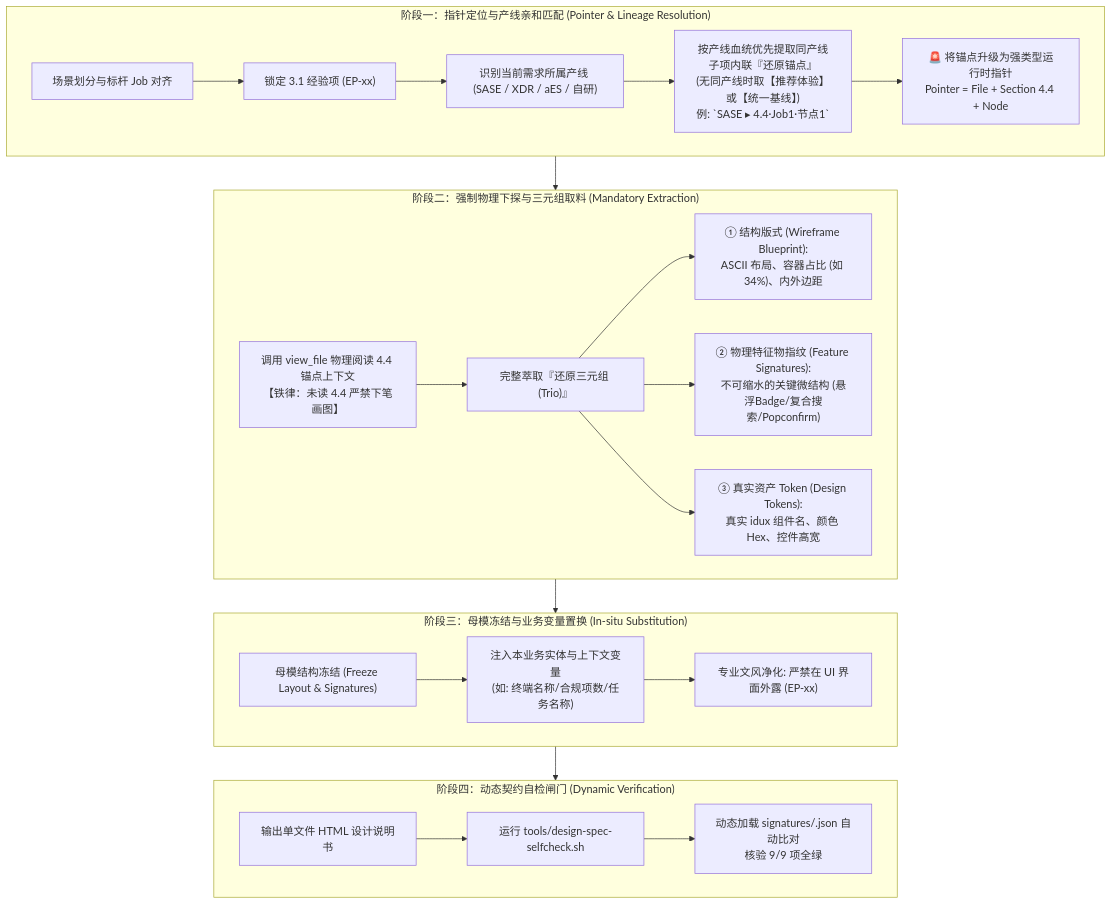
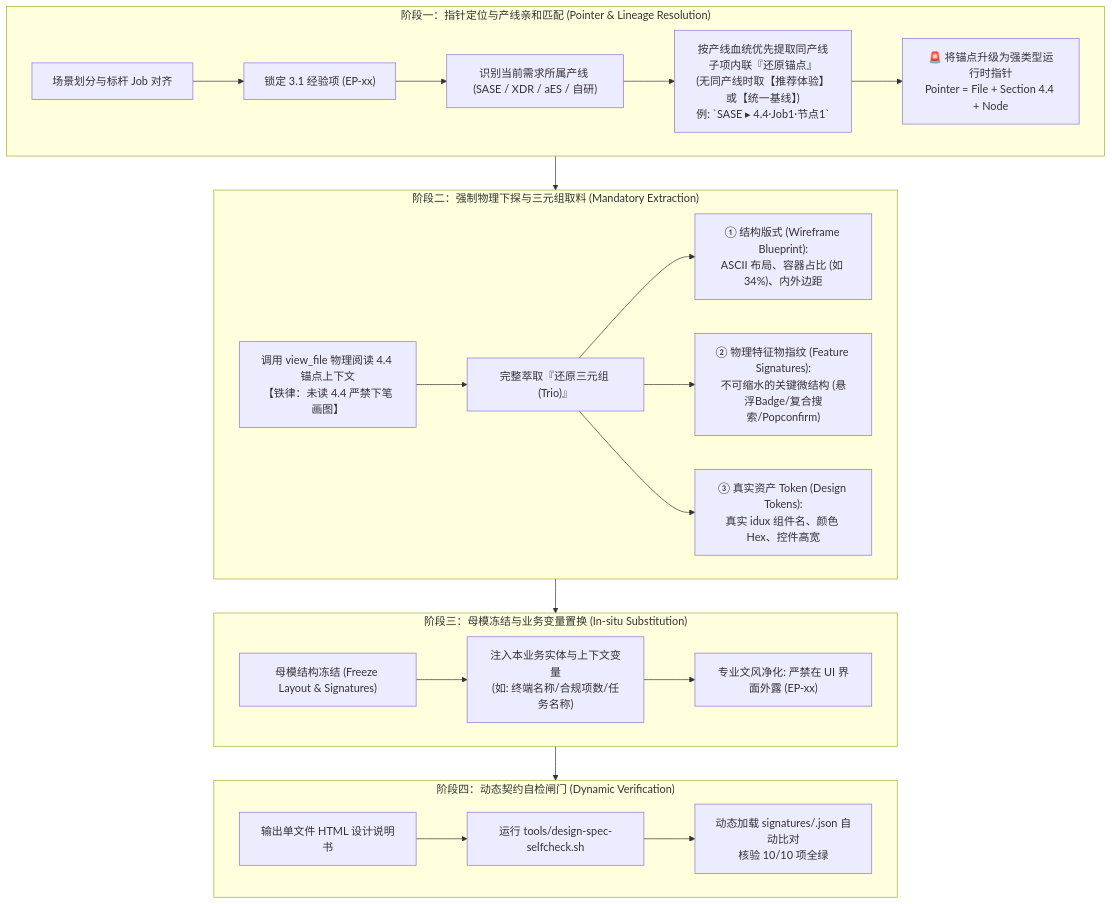
The second of 3 diagrams in 04-workflows-and-cases/execution-sop.md (wangjue2026/skill-designer-prism), drawn with Mermaid before and after one commit. The commit also changed other lines of this file and 15 other files, not shown here.

````diff
--- a/04-workflows-and-cases/execution-sop.md
+++ b/04-workflows-and-cases/execution-sop.md
@@ -143,28 +146,28 @@
 ```mermaid
 graph TD
     subgraph Phase1["阶段一：指针定位与产线亲和匹配 (Pointer & Lineage Resolution)"]
         P1["场景划分与标杆 Job 对齐"] --> P2["锁定 3.1 经验项 (EP-xx)"]
         P2 --> P3["识别当前需求所属产线 (SASE / XDR / aES / 自研)"]
         P3 --> P4["按产线血统优先提取同产线子项内联『还原锚点』<br>(无同产线时取【推荐体验】或【统一基线】)<br>例: `SASE ▸ 4.4·Job1·节点1`"]
         P4 --> P5["🚨 将锚点升级为强类型运行时指针<br>Pointer = File + Section 4.4 + Node"]
     end
 
     subgraph Phase2["阶段二：强制物理下探与三元组取料 (Mandatory Extraction)"]
         E1["调用 view_file 物理阅读 4.4 锚点上下文<br>【铁律：未读 4.4 严禁下笔画图】"] --> E2["完整萃取『还原三元组 (Trio)』"]
         E2 --> E3["① 结构版式 (Wireframe Blueprint):<br>ASCII 布局、容器占比 (如 34%)、内外边距"]
         E2 --> E4["② 物理特征物指纹 (Feature Signatures):<br>不可缩水的关键微结构 (悬浮Badge/复合搜索/Popconfirm)"]
         E2 --> E5["③ 真实资产 Token (Design Tokens):<br>真实 idux 组件名、颜色 Hex、控件高宽"]
     end
 
     subgraph Phase3["阶段三：母模冻结与业务变量置换 (In-situ Substitution)"]
         S1["母模结构冻结 (Freeze Layout & Signatures)"] --> S2["注入本业务实体与上下文变量<br>(如: 终端名称/合规项数/任务名称)"]
         S2 --> S3["专业文风净化: 严禁在 UI 界面外露 (EP-xx)"]
     end
 
     subgraph Phase4["阶段四：动态契约自检闸门 (Dynamic Verification)"]
         V1["输出单文件 HTML 设计说明书"] --> V2["运行 tools/design-spec-selfcheck.sh"]
-        V2 --> V3["动态加载 signatures/<Type-xx>.json 自动比对<br>核验 9/9 项全绿"]
+        V2 --> V3["动态加载 signatures/<Type-xx>.json 自动比对<br>核验 10/10 项全绿"]
     end
 
     Phase1 --> Phase2 --> Phase3 --> Phase4
 ```
````
